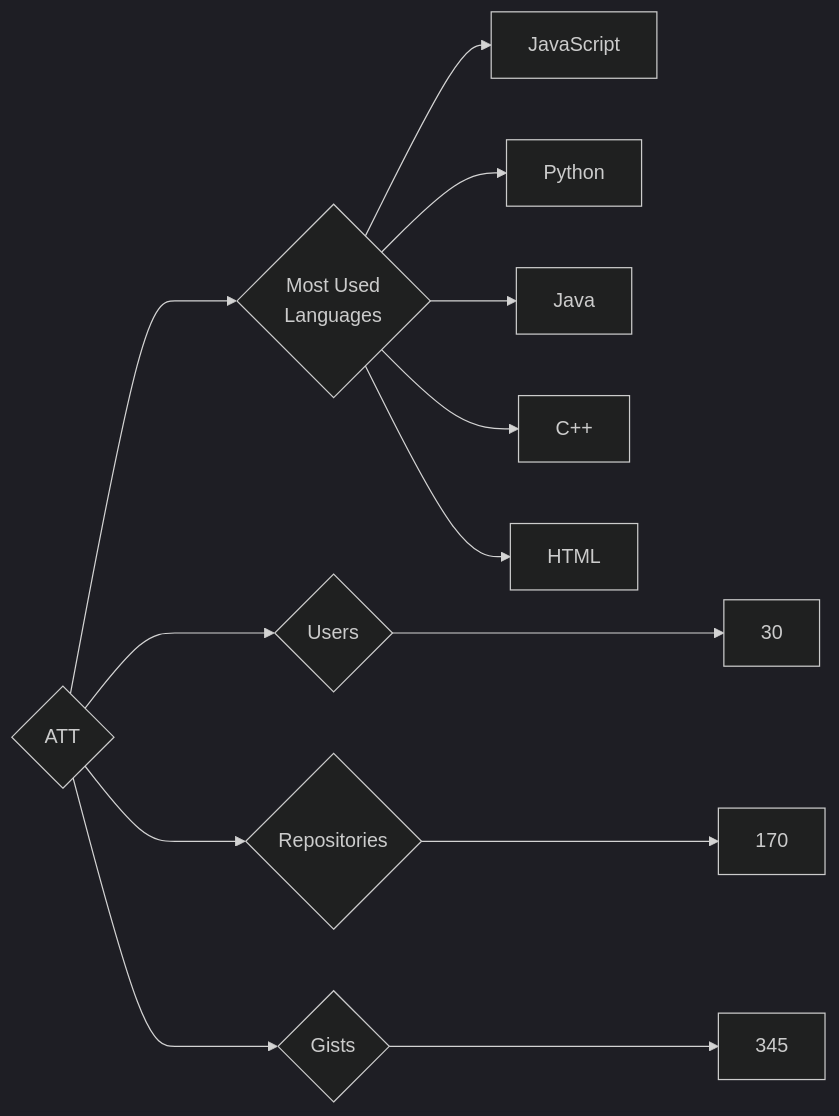
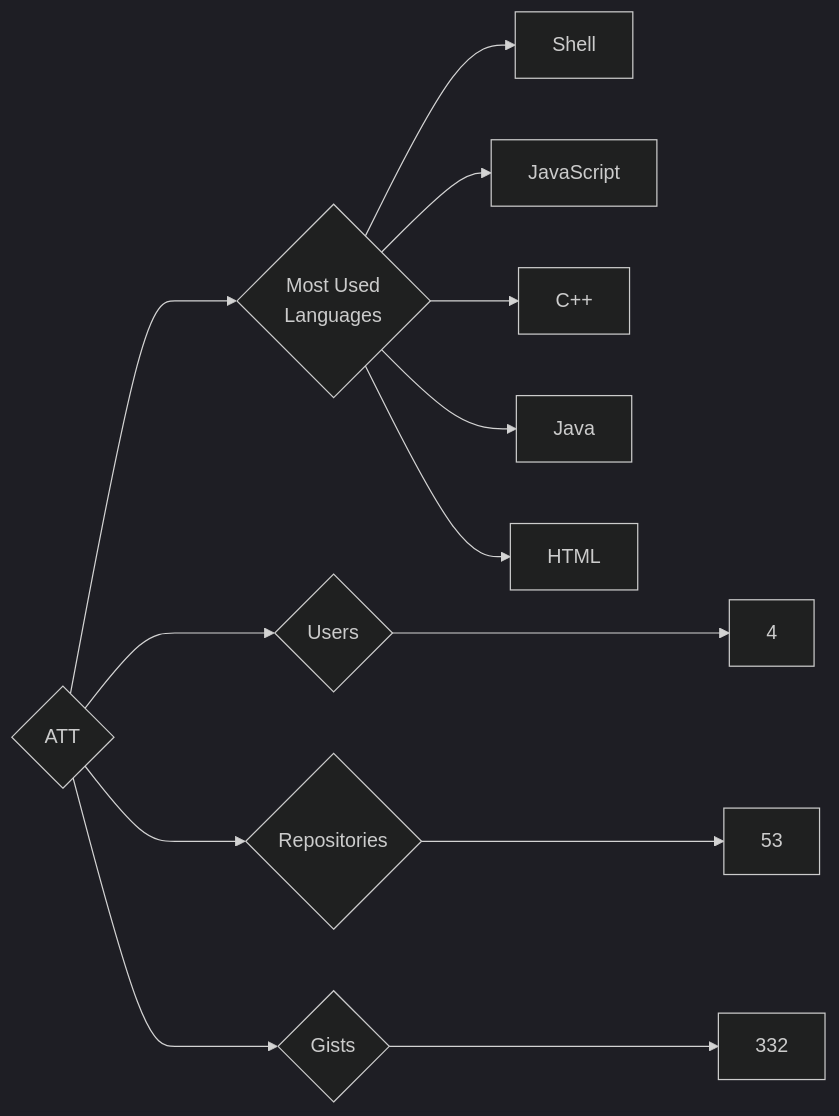
The diagram in targets/ATT/README.md (trickest/insiders), drawn with Mermaid (dark theme) before and after one commit. The commit also changed 894 other files, not shown here.

````diff
--- a/targets/ATT/README.md
+++ b/targets/ATT/README.md
@@ -3,13 +3,13 @@
 ```mermaid
 graph LR
 COMPANY_NAME{ATT}
-COMPANY_NAME ---> U{Users} ---> UN[30]
-COMPANY_NAME ---> R{Repositories} ---> RN[170]
-COMPANY_NAME ---> G{Gists} ---> GN[345]
+COMPANY_NAME ---> U{Users} ---> UN[4]
+COMPANY_NAME ---> R{Repositories} ---> RN[53]
+COMPANY_NAME ---> G{Gists} ---> GN[332]
 COMPANY_NAME ---> ML{Most Used<br>Languages}
+ML --> Shell[Shell]
 ML --> JavaScript[JavaScript]
-ML --> Python[Python]
+ML --> C++[C++]
 ML --> Java[Java]
-ML --> C++[C++]
 ML --> HTML[HTML]
 ```
````
